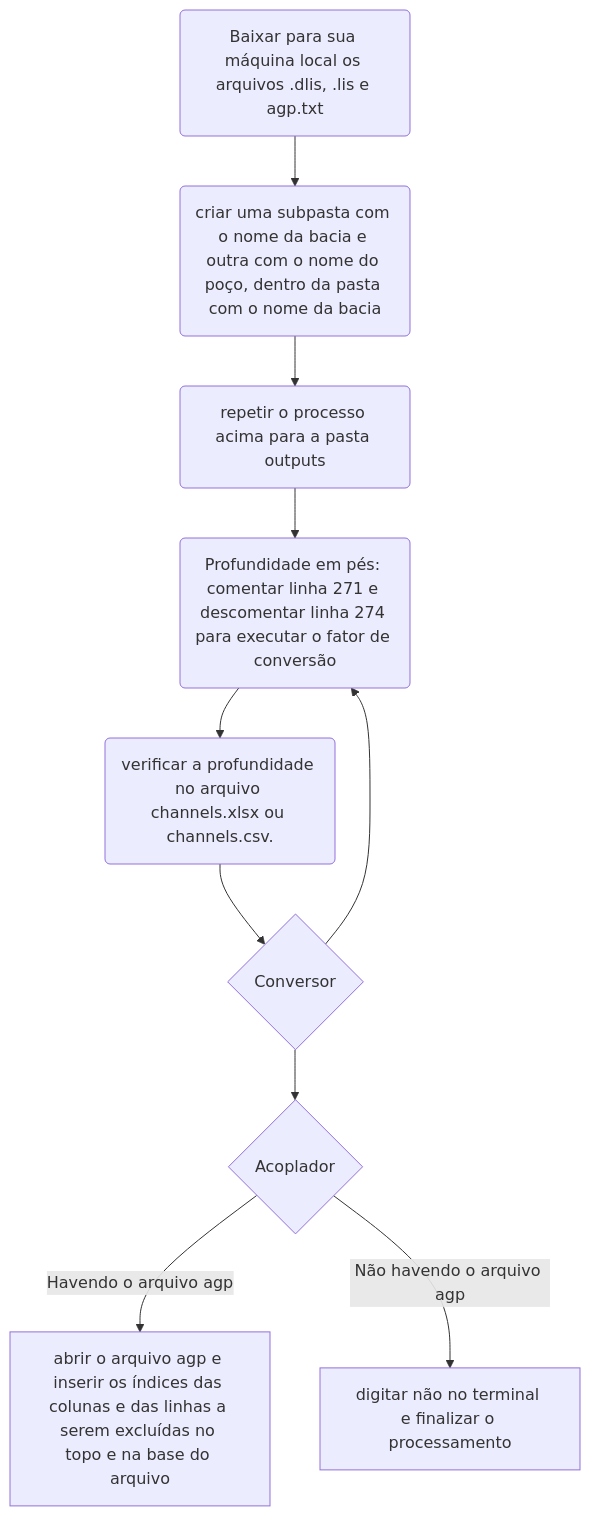
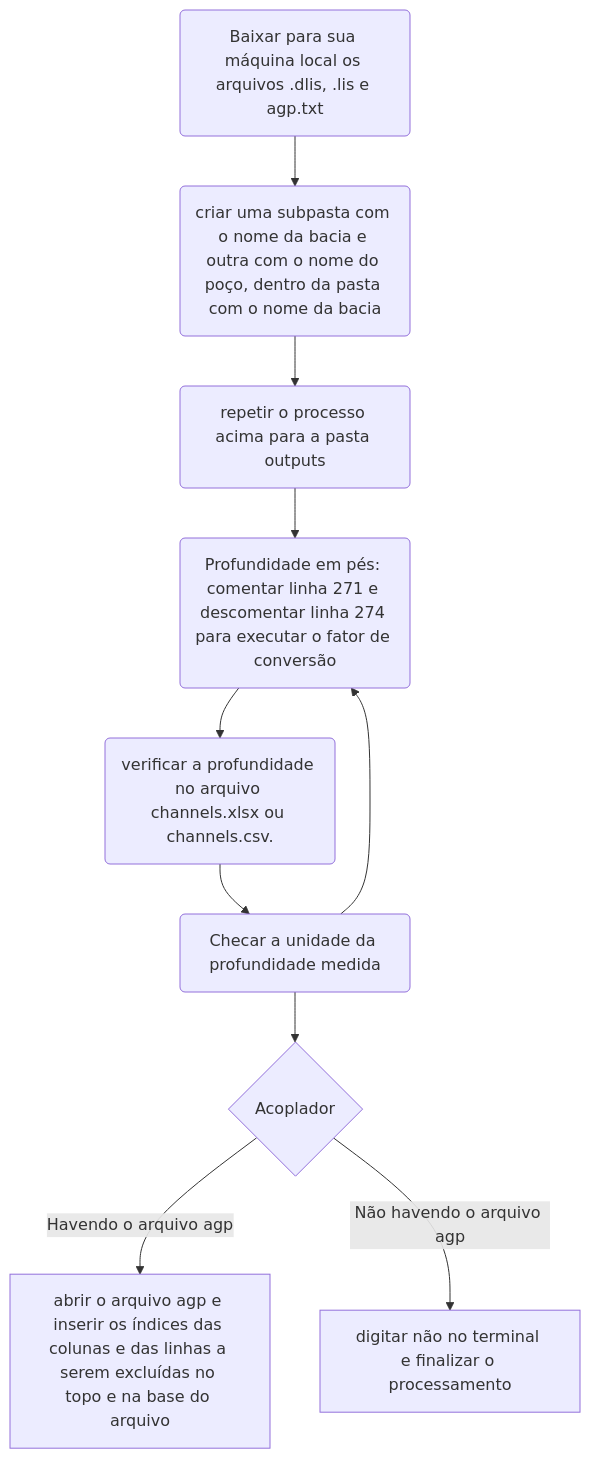
The diagram in README.md (PR-4/Odisseia), drawn with Mermaid before and after one commit.

````diff
--- a/README.md
+++ b/README.md
@@ -18,19 +18,19 @@
 ```mermaid
 flowchart TD
 
 A(Baixar para sua máquina local os arquivos .dlis, .lis e agp.txt) --> B(criar uma subpasta com o nome da bacia e outra com o nome do poço, dentro da pasta com o nome da bacia)
     B --> C(repetir o processo acima para a pasta outputs)
     C --> D(executar no terminal o comando python odisseu.py)
     D --> E(verificar a profundidade no arquivo channels.xlsx ou channels.csv. ) 
     E --> F(Checar a unidade da profundidade medida)
     
-               F{Conversor}
+            
     F --> D(Profundidade em pés: comentar linha 271 e descomentar linha 274 para executar o fator de conversão)
     F --> G(Profundiade em metros: alimentar a lista propriedades com as propriedades alvo)
 
                G{Acoplador}
    G --> |Havendo o arquivo agp| H[abrir o arquivo agp e inserir os índices das colunas e das linhas a serem excluídas no topo e na base do arquivo]   
    G --> |Não havendo o arquivo agp| I[digitar não no terminal e finalizar o processamento]
 
 
 ```
````
